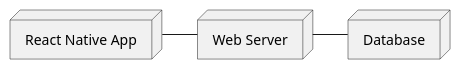
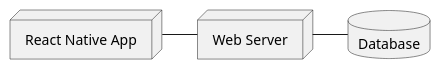
The diagram in docs/diagramsSrc/projectStructure.puml (Forgesxx/TodoList), drawn with PlantUML before and after one commit. The commit also changed 7 other files, not shown here.

Commit message:
More diagrams were added.

```diff
--- a/docs/diagramsSrc/projectStructure.puml
+++ b/docs/diagramsSrc/projectStructure.puml
@@ -1,9 +1,9 @@
-@startuml ProjectStructure
+@startuml projectStructure
 
 node "React Native App" as react
 node "Web Server" as server
-node "Database" as db
+database "Database" as db
 react - server
 server - db
 
 @enduml
```
